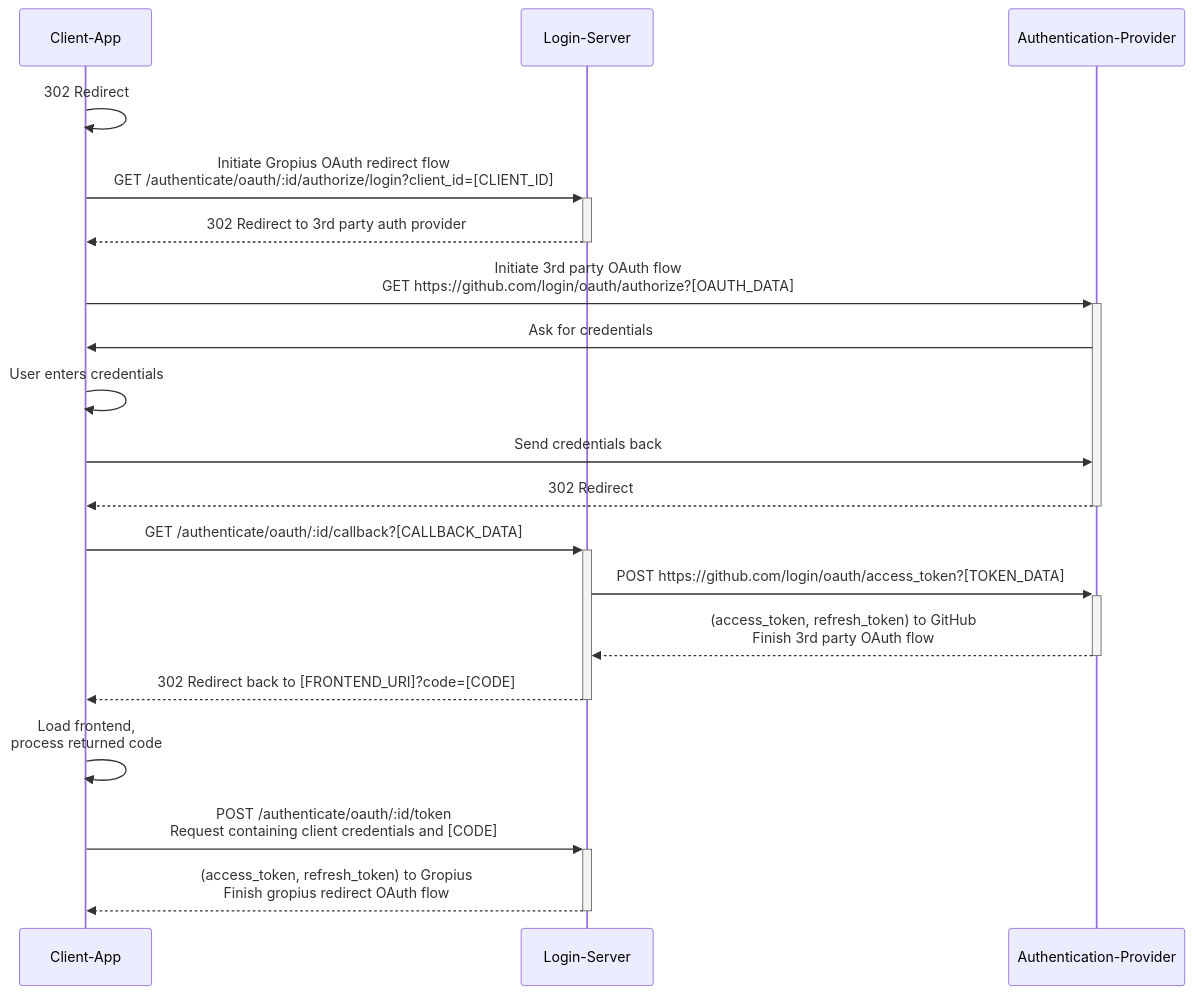
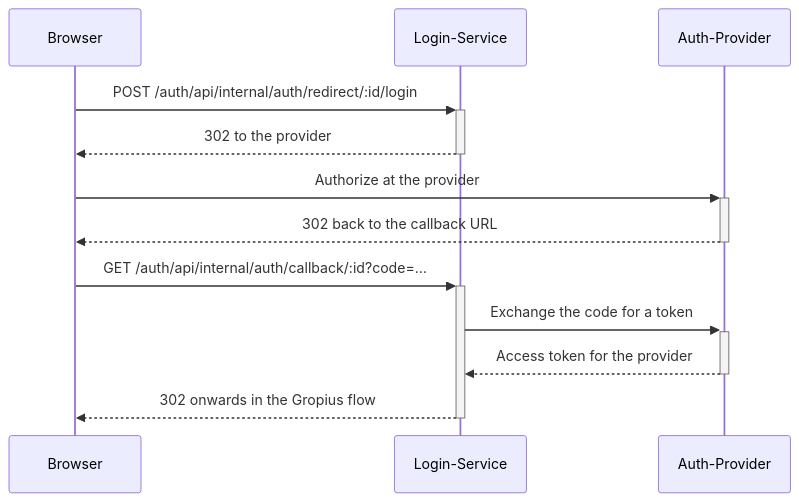
The second of 4 diagrams in website/docs/docs/login.md (ccims/gropius), drawn with Mermaid before and after one commit. The commit also changed other lines of this file and 1 other file, not shown here.

First line of the commit message:
Update the login service docs to the current state

````diff
--- a/website/docs/docs/login.md
+++ b/website/docs/docs/login.md
@@ -114,22 +236,15 @@
 ```mermaid
 sequenceDiagram
-    participant C as Client-App
-    participant LS as Login-Server
-    participant A as Authentication-Provider
-    
-    C->>C: 302 Redirect
-    C->>+LS: Initiate Gropius OAuth redirect flow<br>GET /authenticate/oauth/:id/authorize/login?client_id=[CLIENT_ID]
-    LS-->>-C: 302 Redirect to 3rd party auth provider
-    C->>+A: Initiate 3rd party OAuth flow<br>GET https://github.com/login/oauth/authorize?[OAUTH_DATA]
-    A->>C: Ask for credentials
-    C->>C: User enters credentials
-    C->>A: Send credentials back
-    A-->>-C: 302 Redirect
-    C->>+LS: GET /authenticate/oauth/:id/callback?[CALLBACK_DATA]
-    LS->>+A: POST https://github.com/login/oauth/access_token?[TOKEN_DATA]
-    A-->>-LS: (access_token, refresh_token) to GitHub<br>Finish 3rd party OAuth flow
-    LS-->>-C: 302 Redirect back to [FRONTEND_URI]?code=[CODE]
-    C->>C: Load frontend,<br>process returned code 
-    C->>+LS: POST /authenticate/oauth/:id/token<br>Request containing client credentials and [CODE]
-    LS-->>-C: (access_token, refresh_token) to Gropius<br>Finish gropius redirect OAuth flow
+    participant B as Browser
+    participant LS as Login-Service
+    participant A as Auth-Provider
+
+    B->>+LS: POST /auth/api/internal/auth/redirect/:id/login
+    LS-->>-B: 302 to the provider
+    B->>+A: Authorize at the provider
+    A-->>-B: 302 back to the callback URL
+    B->>+LS: GET /auth/api/internal/auth/callback/:id?code=…
+    LS->>+A: Exchange the code for a token
+    A-->>-LS: Access token for the provider
+    LS-->>-B: 302 onwards in the Gropius flow
 ```
````
